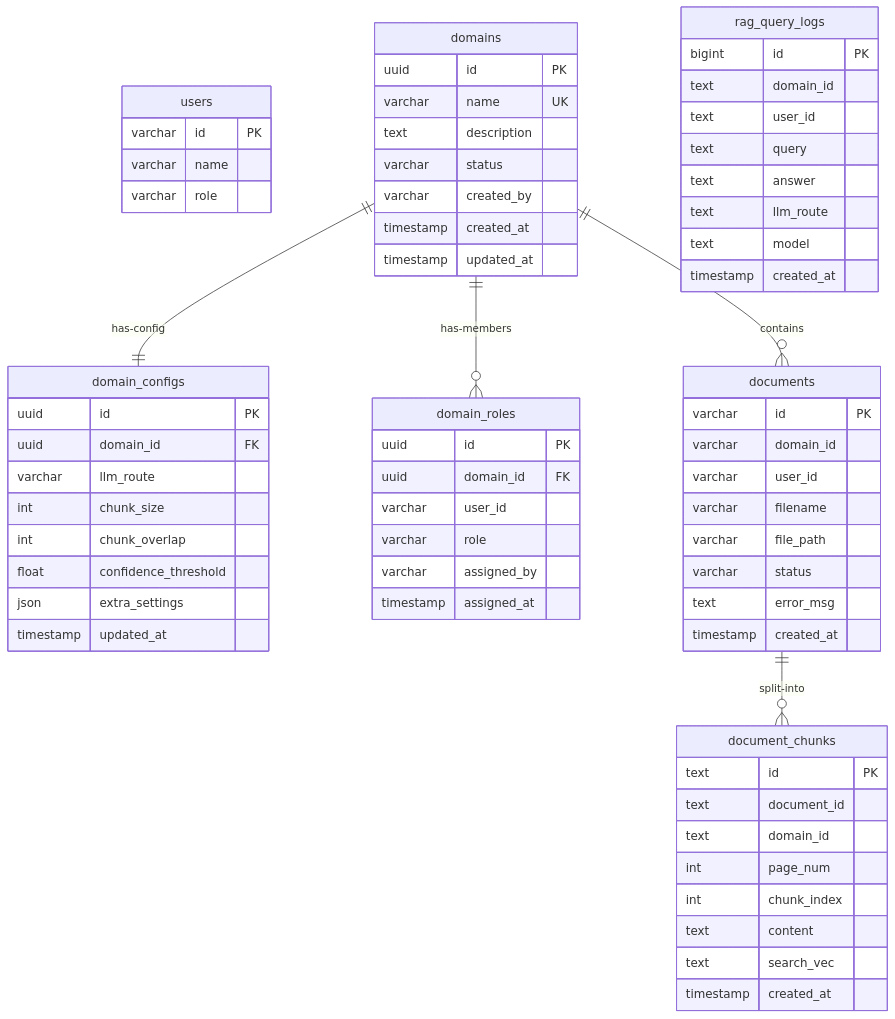
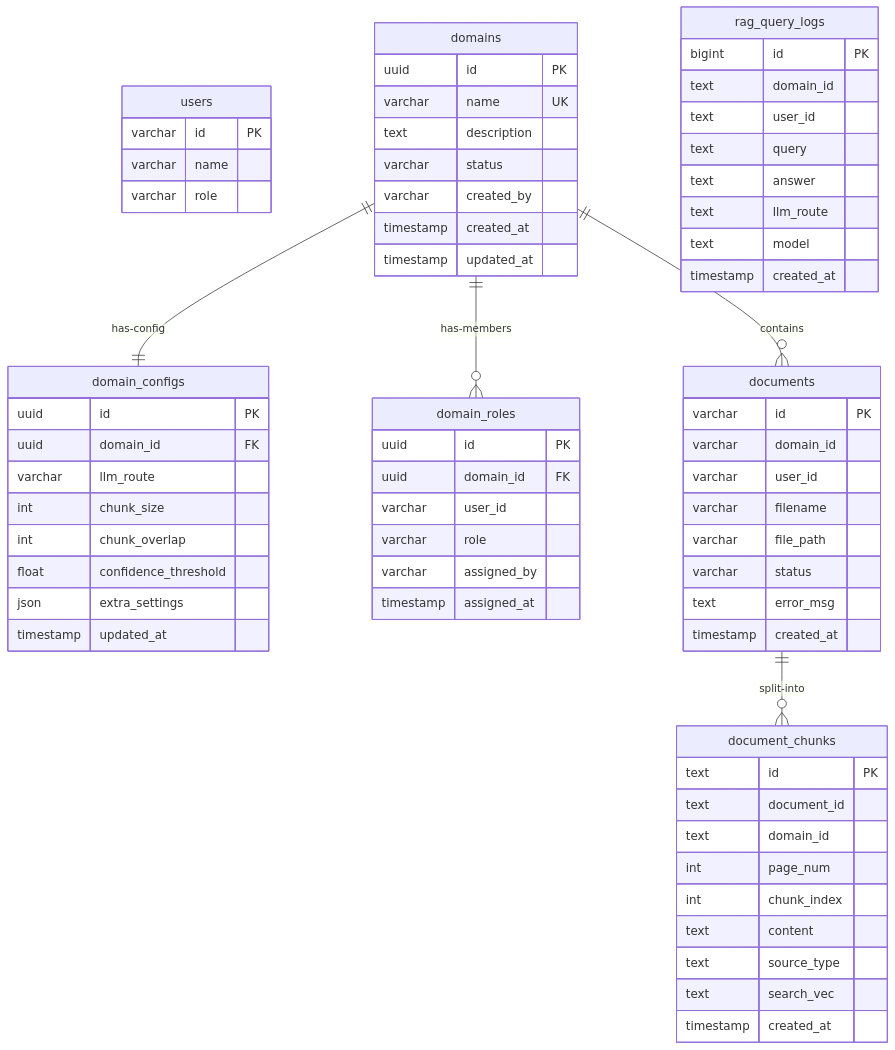
The fifth of 6 diagrams in README.md (Kyrollo/Chatbot-Fixed-Solutions-Rag-System), drawn with Mermaid before and after one commit. The commit also changed other lines of this file and 23 other files, not shown here.

First line of the commit message:
feat/sprint2: implement multi-format ingestion, citation schemas, and retrieval RBAC

````diff
--- a/README.md
+++ b/README.md
@@ -516,76 +566,77 @@
 ```mermaid
 erDiagram
     users {
         varchar id PK
         varchar name
         varchar role
     }
 
     domains {
         uuid id PK
         varchar name UK
         text description
         varchar status
         varchar created_by
         timestamp created_at
         timestamp updated_at
     }
 
     domain_configs {
         uuid id PK
         uuid domain_id FK
         varchar llm_route
         int chunk_size
         int chunk_overlap
         float confidence_threshold
         json extra_settings
         timestamp updated_at
     }
 
     domain_roles {
         uuid id PK
         uuid domain_id FK
         varchar user_id
         varchar role
         varchar assigned_by
         timestamp assigned_at
     }
 
     documents {
         varchar id PK
         varchar domain_id
         varchar user_id
         varchar filename
         varchar file_path
         varchar status
         text error_msg
         timestamp created_at
     }
 
     document_chunks {
         text id PK
         text document_id
         text domain_id
         int page_num
         int chunk_index
         text content
+        text source_type
         text search_vec
         timestamp created_at
     }
 
     rag_query_logs {
         bigint id PK
         text domain_id
         text user_id
         text query
         text answer
         text llm_route
         text model
         timestamp created_at
     }
 
     domains ||--|| domain_configs : "has-config"
     domains ||--o{ domain_roles : "has-members"
     domains ||--o{ documents : "contains"
     documents ||--o{ document_chunks : "split-into"
 ```
````
